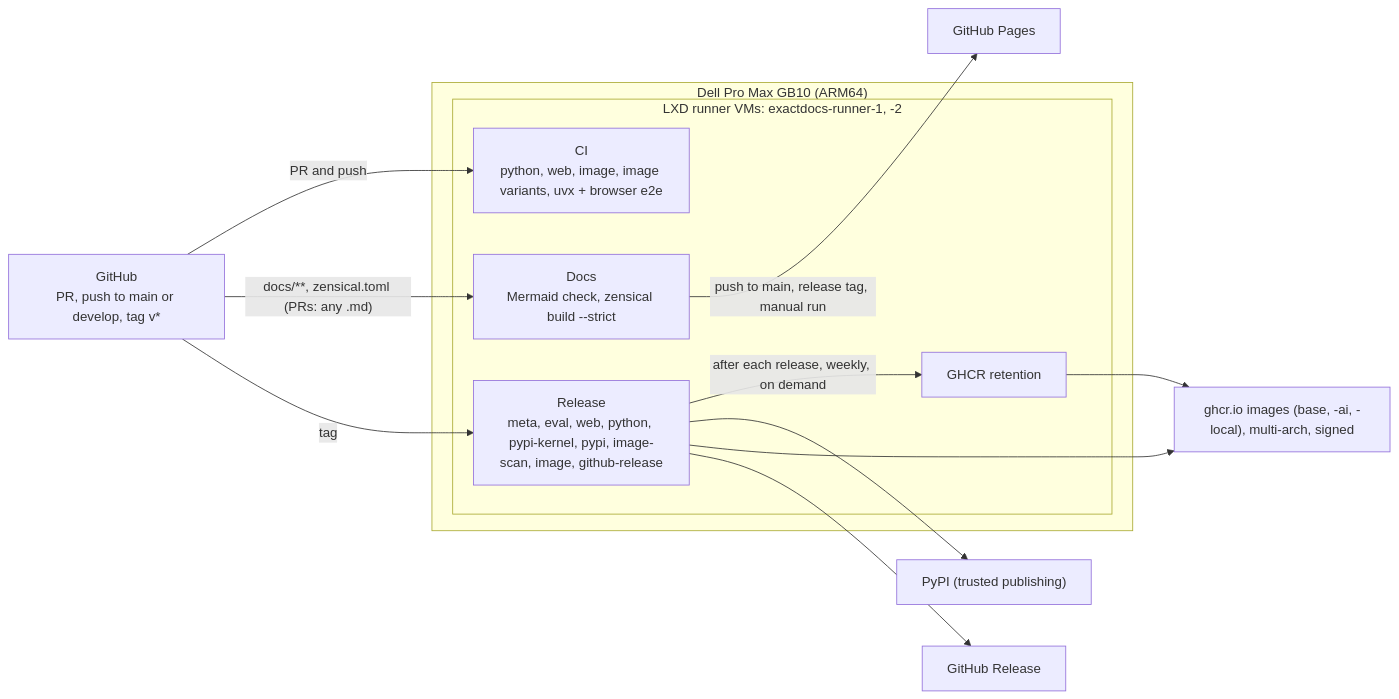
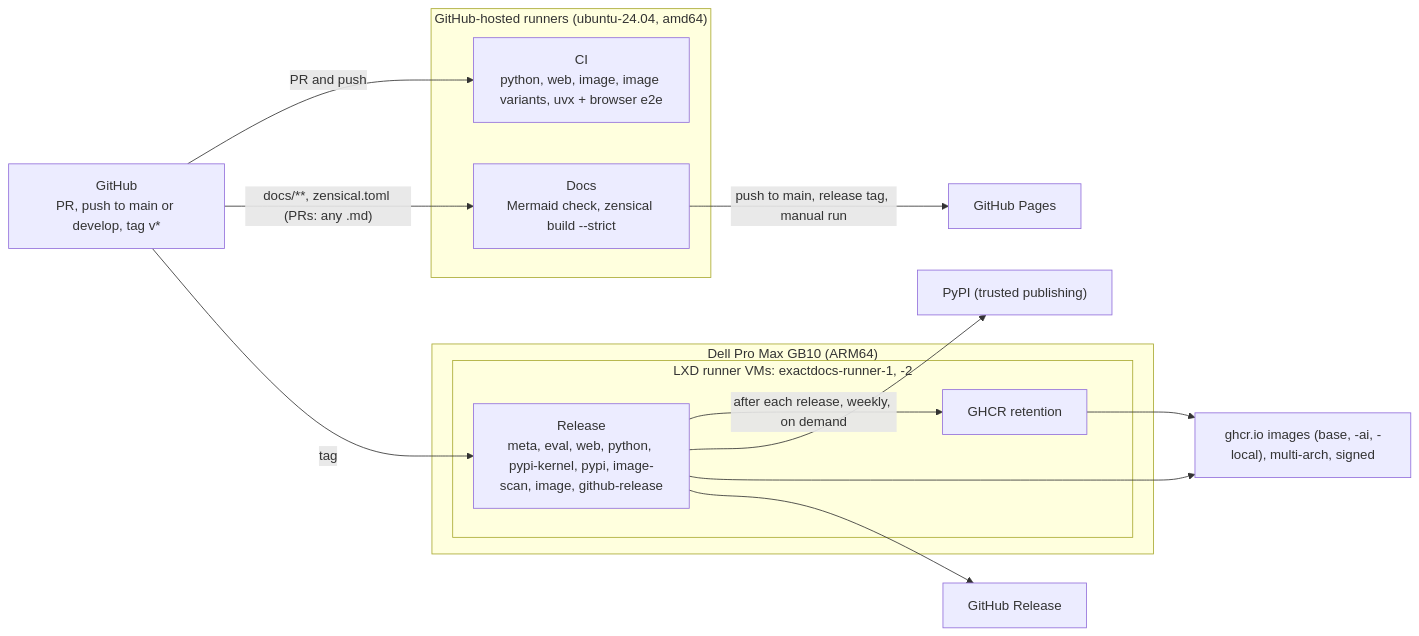
The second of 2 diagrams in docs/releasing.md (SirCypkowskyy/ExactDocs), drawn with Mermaid before and after one commit. The commit also changed other lines of this file and 1 other file, not shown here.

Commit message:
docs: CI and the docs build run on GitHub-hosted runners (#480)

````diff
--- a/docs/releasing.md
+++ b/docs/releasing.md
@@ -324,21 +329,23 @@
 ```mermaid
 flowchart LR
     gh["GitHub<br/>PR, push to main or develop, tag v*"]
+    subgraph hosted ["GitHub-hosted runners (ubuntu-24.04, amd64)"]
+        ci["CI<br/>python, web, image, image variants, uvx + browser e2e"]
+        docs["Docs<br/>Mermaid check, zensical build --strict"]
+    end
     subgraph gb10 ["Dell Pro Max GB10 (ARM64)"]
         subgraph vms ["LXD runner VMs: exactdocs-runner-1, -2"]
-            ci["CI<br/>python, web, image, image variants, uvx + browser e2e"]
-            docs["Docs<br/>Mermaid check, zensical build --strict"]
             rel["Release<br/>meta, eval, web, python, pypi-kernel, pypi, image-scan, image, github-release"]
             ret["GHCR retention"]
         end
     end
     gh -->|PR and push| ci
     gh -->|"docs/**, zensical.toml (PRs: any .md)"| docs
     gh -->|tag| rel
     rel -->|after each release, weekly, on demand| ret
     docs -->|"push to main, release tag, manual run"| pages["GitHub Pages"]
     rel --> pypi["PyPI (trusted publishing)"]
     rel --> ghcr["ghcr.io images (base, -ai, -local), multi-arch, signed"]
     rel --> ghrel["GitHub Release"]
     ret --> ghcr
 ```
````
